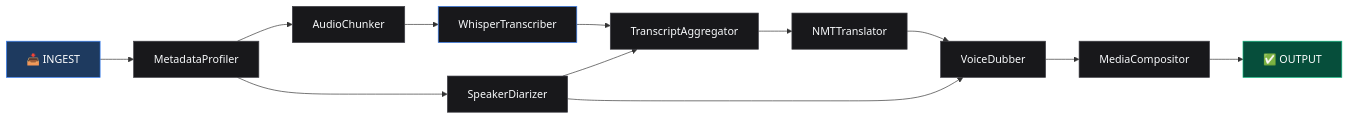
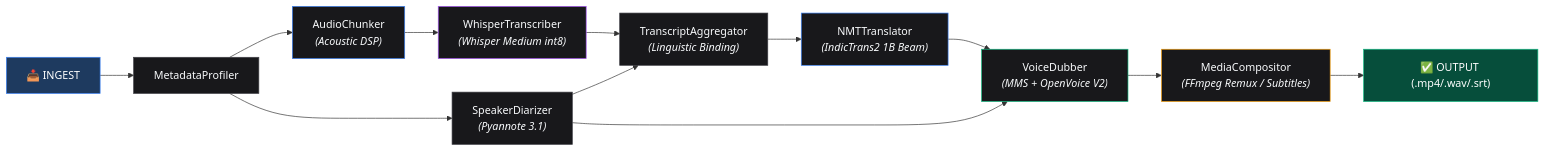
The first of 3 diagrams in README.md (hydracsnova13/Echoflow), drawn with Mermaid before and after one commit. The commit also changed other lines of this file, not shown here.

````diff
--- a/README.md
+++ b/README.md
@@ -86,25 +99,25 @@
 ```mermaid
 graph LR
     INGEST["📥 INGEST"] --> MP["MetadataProfiler"]
-    MP --> AC["AudioChunker"]
-    MP --> SD["SpeakerDiarizer"]
-    AC --> WT["WhisperTranscriber"]
-    WT --> TA["TranscriptAggregator"]
+    MP --> AC["AudioChunker<br/><i>(Acoustic DSP)</i>"]
+    MP --> SD["SpeakerDiarizer<br/><i>(Pyannote 3.1)</i>"]
+    AC --> WT["WhisperTranscriber<br/><i>(Whisper Medium int8)</i>"]
+    WT --> TA["TranscriptAggregator<br/><i>(Linguistic Binding)</i>"]
     SD --> TA
-    TA --> NMT["NMTTranslator"]
-    NMT --> VD["VoiceDubber"]
+    TA --> NMT["NMTTranslator<br/><i>(IndicTrans2 1B Beam)</i>"]
+    NMT --> VD["VoiceDubber<br/><i>(MMS + OpenVoice V2)</i>"]
     SD --> VD
-    VD --> MC["MediaCompositor"]
-    MC --> OUT["✅ OUTPUT"]
+    VD --> MC["MediaCompositor<br/><i>(FFmpeg Remux / Subtitles)</i>"]
+    MC --> OUT["✅ OUTPUT (.mp4/.wav/.srt)"]
 
     style INGEST fill:#1e3a5f,stroke:#3b82f6,color:#fff
     style OUT fill:#064e3b,stroke:#10b981,color:#fff
     style MP fill:#18181b,stroke:#3f3f46,color:#f8fafc
-    style AC fill:#18181b,stroke:#3f3f46,color:#f8fafc
+    style AC fill:#18181b,stroke:#3b82f6,color:#f8fafc
     style SD fill:#18181b,stroke:#3f3f46,color:#f8fafc
-    style WT fill:#18181b,stroke:#3b82f6,color:#f8fafc
+    style WT fill:#18181b,stroke:#a855f7,color:#f8fafc
     style TA fill:#18181b,stroke:#3f3f46,color:#f8fafc
-    style NMT fill:#18181b,stroke:#3f3f46,color:#f8fafc
-    style VD fill:#18181b,stroke:#3f3f46,color:#f8fafc
-    style MC fill:#18181b,stroke:#3f3f46,color:#f8fafc
+    style NMT fill:#18181b,stroke:#3b82f6,color:#f8fafc
+    style VD fill:#18181b,stroke:#10b981,color:#f8fafc
+    style MC fill:#18181b,stroke:#f59e0b,color:#f8fafc
 ```
````
